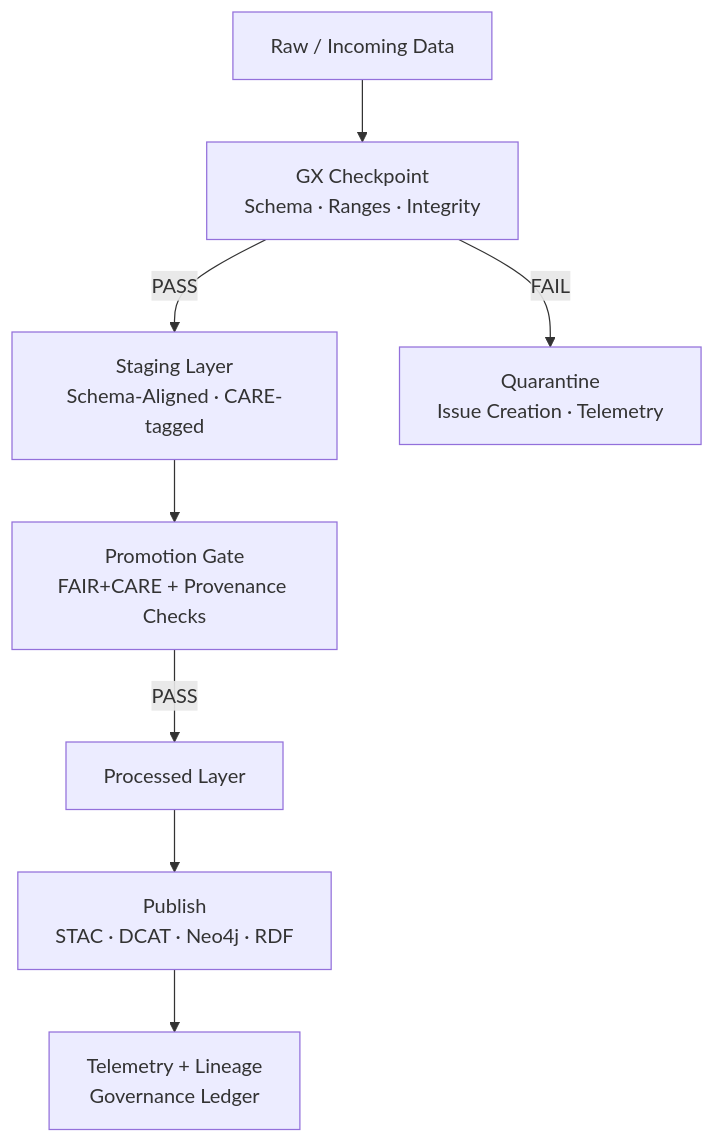
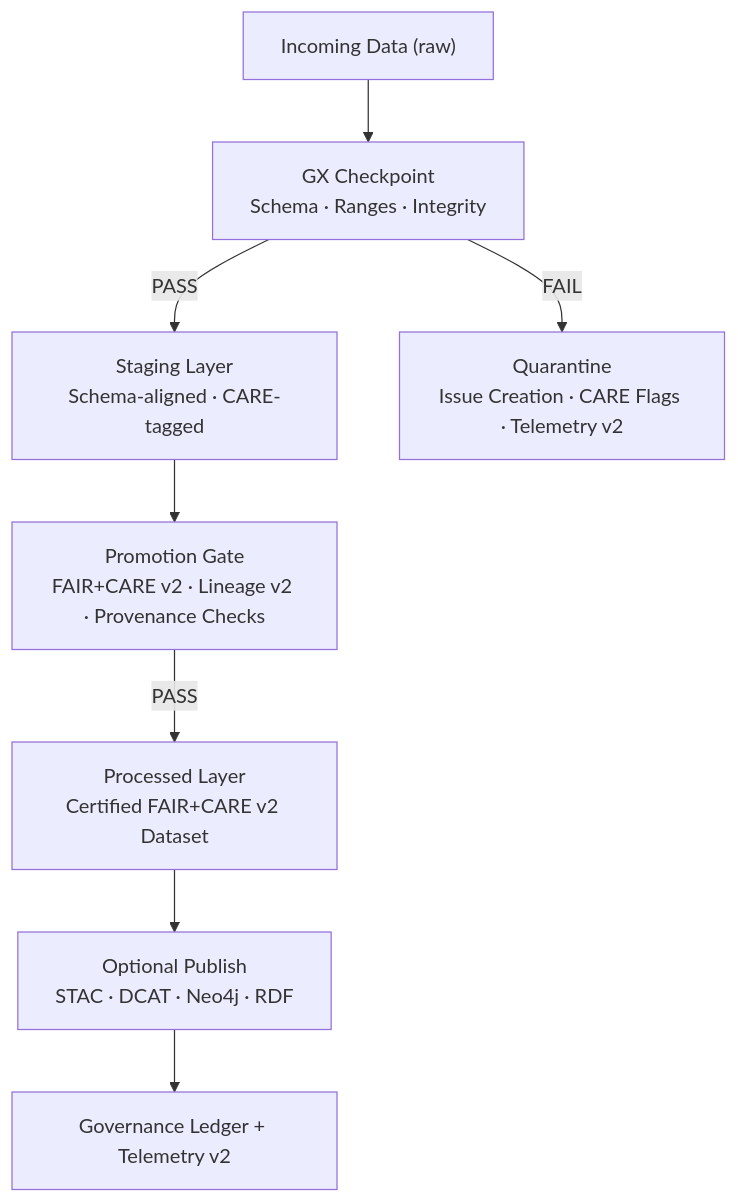
One commit to bartytime4life/Kansas-Frontier-Matrix changed the diagram in docs/guides/pipelines/gx-validate-promote.md. Above: the diagram before and after it, drawn with Mermaid. The commit also changed other lines of this file, not shown here.

`````diff
--- a/docs/guides/pipelines/gx-validate-promote.md
+++ b/docs/guides/pipelines/gx-validate-promote.md
@@ -77,10 +100,11 @@
-~~~~~mermaid
+```mermaid
 flowchart TD
-  A["Raw / Incoming Data"] --> B["GX Checkpoint<br/>Schema · Ranges · Integrity"]
-  B -->|PASS| C["Staging Layer<br/>Schema-Aligned · CARE-tagged"]
-  B -->|FAIL| Q["Quarantine<br/>Issue Creation · Telemetry"]
-  C --> D["Promotion Gate<br/>FAIR+CARE + Provenance Checks"]
-  D -->|PASS| E["Processed Layer"]
-  E --> F["Publish<br/>STAC · DCAT · Neo4j · RDF"]
-  F --> G["Telemetry + Lineage<br/>Governance Ledger"]
-~~~~~
+
+A["Incoming Data (raw)"] --> B["GX Checkpoint<br/>Schema · Ranges · Integrity"]
+B -->|PASS| C["Staging Layer<br/>Schema-aligned · CARE-tagged"]
+B -->|FAIL| Q["Quarantine<br/>Issue Creation · CARE Flags · Telemetry v2"]
+C --> D["Promotion Gate<br/>FAIR+CARE v2 · Lineage v2 · Provenance Checks"]
+D -->|PASS| E["Processed Layer<br/>Certified FAIR+CARE v2 Dataset"]
+E --> F["Optional Publish<br/>STAC · DCAT · Neo4j · RDF"]
+F --> G["Governance Ledger + Telemetry v2"]
+````
`````
